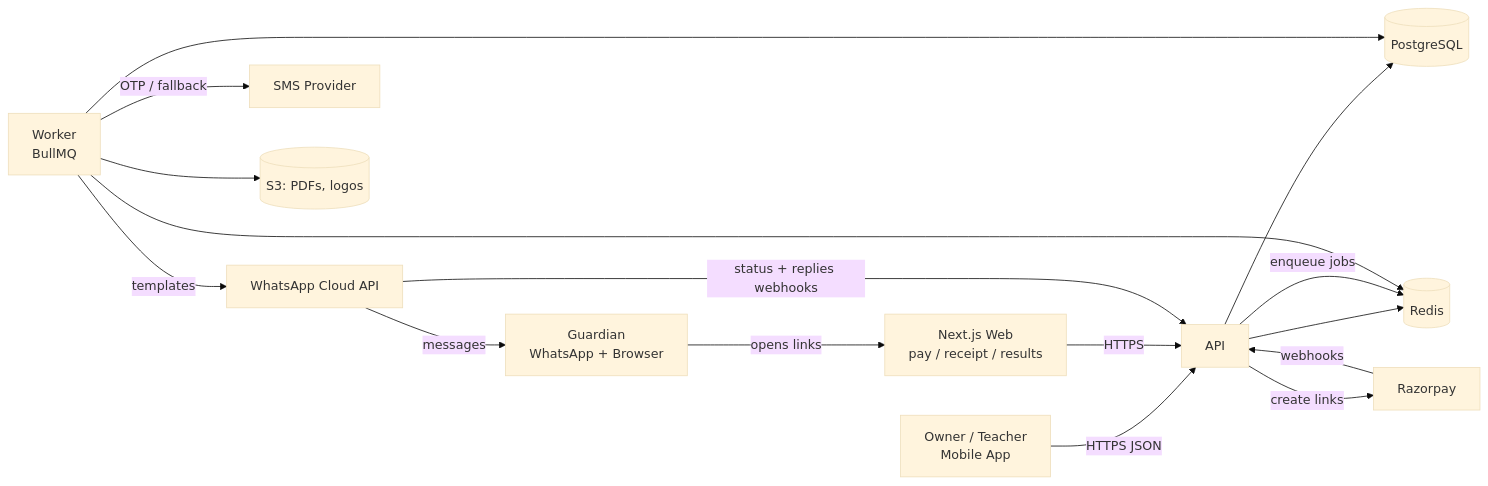
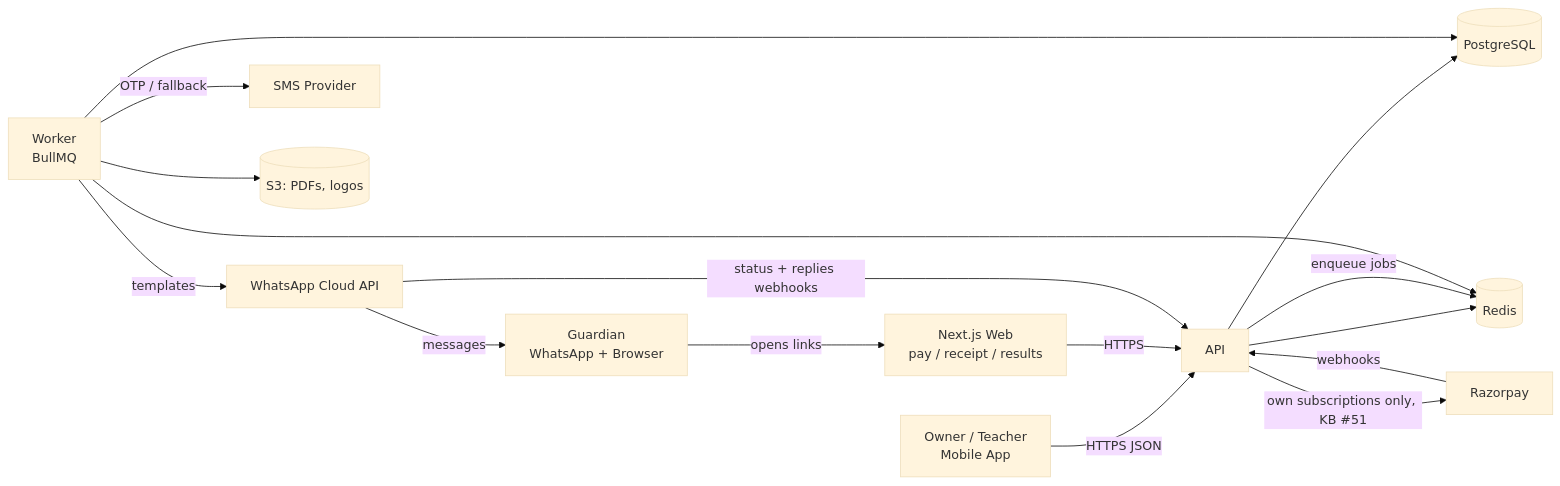
Before and after one commit to Sumit-Saurabh98/coachingdesk: the first of 4 diagrams in docs/ARCHITECTURE.md, drawn with Mermaid (base theme). The commit also changed other lines of this file and 17 other files, not shown here.

````diff
--- a/docs/ARCHITECTURE.md
+++ b/docs/ARCHITECTURE.md
@@ -17,18 +17,18 @@
 ```mermaid
 flowchart LR
   Owner[Owner / Teacher<br/>Mobile App] -->|HTTPS JSON| API
   Guardian[Guardian<br/>WhatsApp + Browser] -->|opens links| WEB[Next.js Web<br/>pay / receipt / results]
   WEB -->|HTTPS| API
   API --> PG[(PostgreSQL)]
   API --> R[(Redis)]
   API -->|enqueue jobs| R
   WORKER[Worker<br/>BullMQ] --> R
   WORKER --> PG
   WORKER -->|templates| WA[WhatsApp Cloud API]
   WORKER -->|OTP / fallback| SMS[SMS Provider]
-  API -->|create links| PAY[Razorpay]
+  API -->|own subscriptions only, KB #51| PAY[Razorpay]
   PAY -->|webhooks| API
   WA -->|status + replies webhooks| API
   WA -->|messages| Guardian
   WORKER --> S3[(S3: PDFs, logos)]
 ```
````
